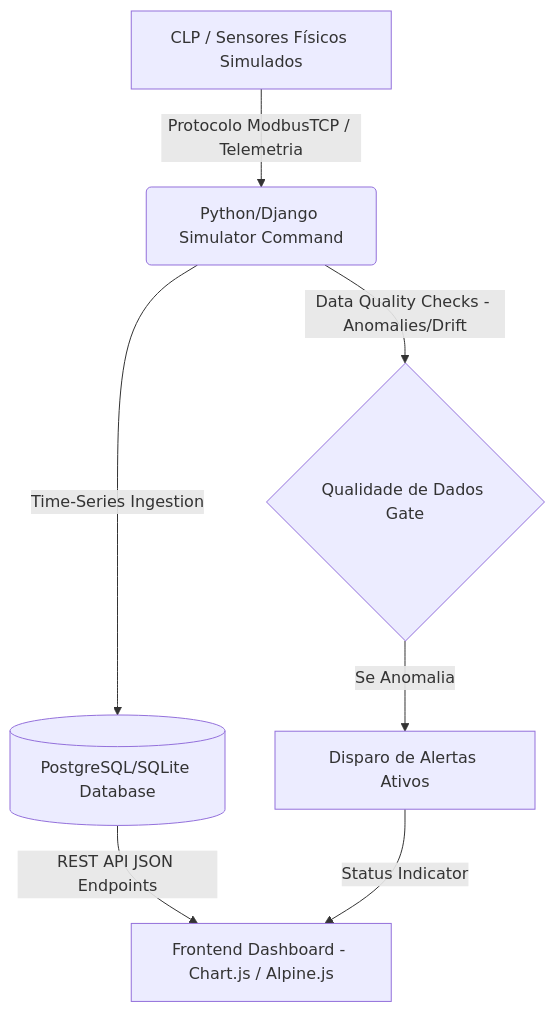
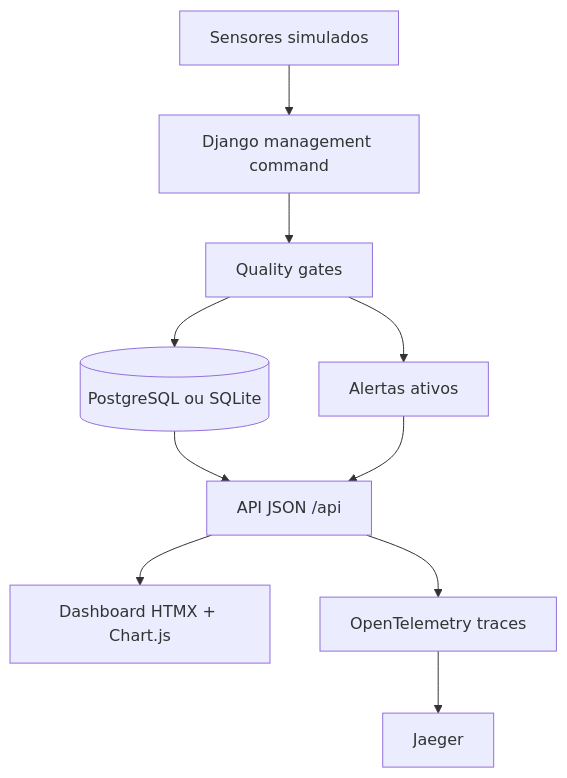
The diagram in README.md (Roberton003/labtelemetry), drawn with Mermaid before and after one commit. The commit also changed other lines of this file and 21 other files, not shown here.

````diff
--- a/README.md
+++ b/README.md
@@ -13,9 +27,12 @@
 ```mermaid
 graph TD
-    A[CLP / Sensores Físicos Simulados] -->|Protocolo ModbusTCP / Telemetria| B(Python/Django Simulator Command)
-    B -->|Time-Series Ingestion| C[(PostgreSQL/SQLite Database)]
-    B -->|Data Quality Checks - Anomalies/Drift| D{Qualidade de Dados Gate}
-    D -->|Se Anomalia| E[Disparo de Alertas Ativos]
-    C -->|REST API JSON Endpoints| F[Frontend Dashboard - Chart.js / Alpine.js]
-    E -->|Status Indicator| F
+    A[Sensores simulados] --> B[Django management command]
+    B --> C[Quality gates]
+    C --> D[(PostgreSQL ou SQLite)]
+    C --> E[Alertas ativos]
+    D --> F[API JSON /api]
+    E --> F
+    F --> G[Dashboard HTMX + Chart.js]
+    F --> H[OpenTelemetry traces]
+    H --> I[Jaeger]
 ```
````
